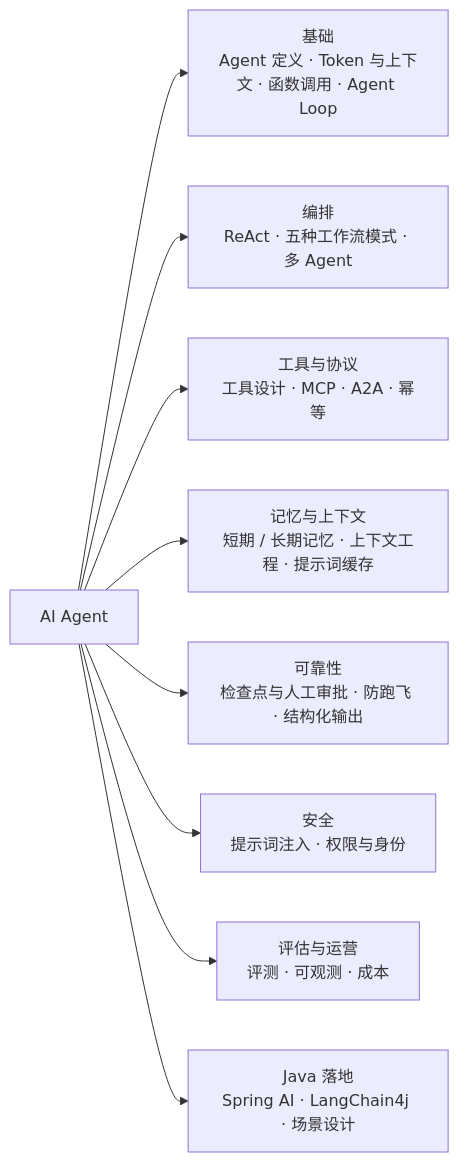
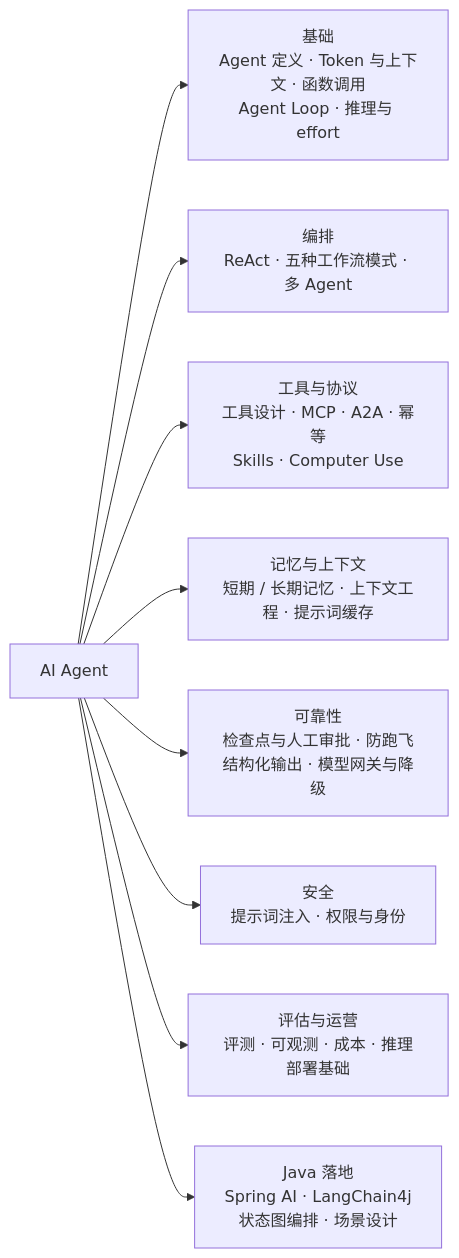
One commit to liulangjietou/interview changed the first of 28 diagrams in 11-AI应用工程/44-AI-Agent.md. Above: the diagram before and after it, drawn with Mermaid. The commit also changed other lines of this file and 2 other files, not shown here.

````diff
--- a/11-AI应用工程/44-AI-Agent.md
+++ b/11-AI应用工程/44-AI-Agent.md
@@ -23,11 +24,11 @@
 ```mermaid
 flowchart LR
-    ROOT["AI Agent"] --> A["基础<br/>Agent 定义 · Token 与上下文 · 函数调用 · Agent Loop"]
+    ROOT["AI Agent"] --> A["基础<br/>Agent 定义 · Token 与上下文 · 函数调用<br/>Agent Loop · 推理与 effort"]
     ROOT --> B["编排<br/>ReAct · 五种工作流模式 · 多 Agent"]
-    ROOT --> C["工具与协议<br/>工具设计 · MCP · A2A · 幂等"]
+    ROOT --> C["工具与协议<br/>工具设计 · MCP · A2A · 幂等<br/>Skills · Computer Use"]
     ROOT --> D["记忆与上下文<br/>短期 / 长期记忆 · 上下文工程 · 提示词缓存"]
-    ROOT --> E["可靠性<br/>检查点与人工审批 · 防跑飞 · 结构化输出"]
+    ROOT --> E["可靠性<br/>检查点与人工审批 · 防跑飞<br/>结构化输出 · 模型网关与降级"]
     ROOT --> F["安全<br/>提示词注入 · 权限与身份"]
-    ROOT --> G["评估与运营<br/>评测 · 可观测 · 成本"]
-    ROOT --> H["Java 落地<br/>Spring AI · LangChain4j · 场景设计"]
+    ROOT --> G["评估与运营<br/>评测 · 可观测 · 成本 · 推理部署基础"]
+    ROOT --> H["Java 落地<br/>Spring AI · LangChain4j<br/>状态图编排 · 场景设计"]
 ```
````
